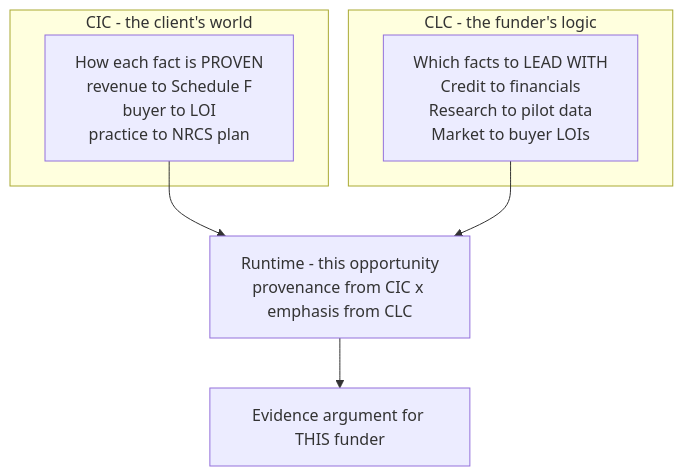
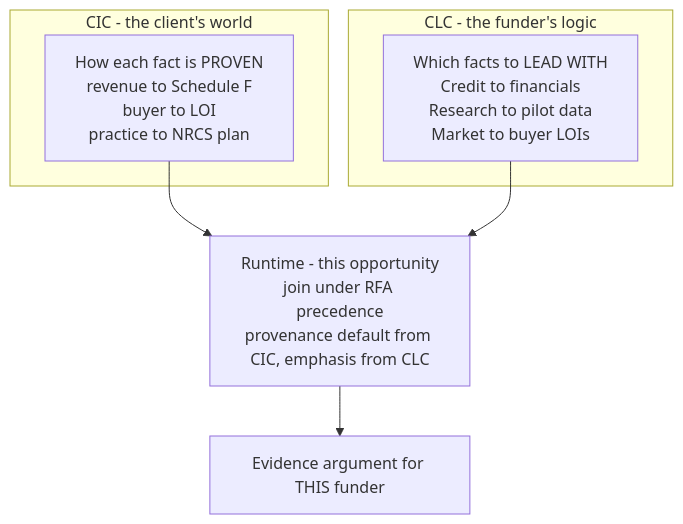
The sixth of 7 diagrams in projects/goldenquill/victor/discovery.md (cyberAlchemyAI/domainspec-core), drawn with Mermaid before and after one commit. The commit also changed other lines of this file and 1 other file, not shown here.

````diff
--- a/projects/goldenquill/victor/discovery.md
+++ b/projects/goldenquill/victor/discovery.md
@@ -360,12 +434,12 @@
 ```mermaid
 flowchart TD
   subgraph CICaxis[CIC - the client's world]
     P[How each fact is PROVEN<br/>revenue to Schedule F<br/>buyer to LOI<br/>practice to NRCS plan]
   end
   subgraph CLCaxis[CLC - the funder's logic]
     E[Which facts to LEAD WITH<br/>Credit to financials<br/>Research to pilot data<br/>Market to buyer LOIs]
   end
-  P --> R[Runtime - this opportunity<br/>provenance from CIC x emphasis from CLC]
+  P --> R[Runtime - this opportunity<br/>join under RFA precedence<br/>provenance default from CIC, emphasis from CLC]
   E --> R
   R --> A[Evidence argument for THIS funder]
 ```
````
